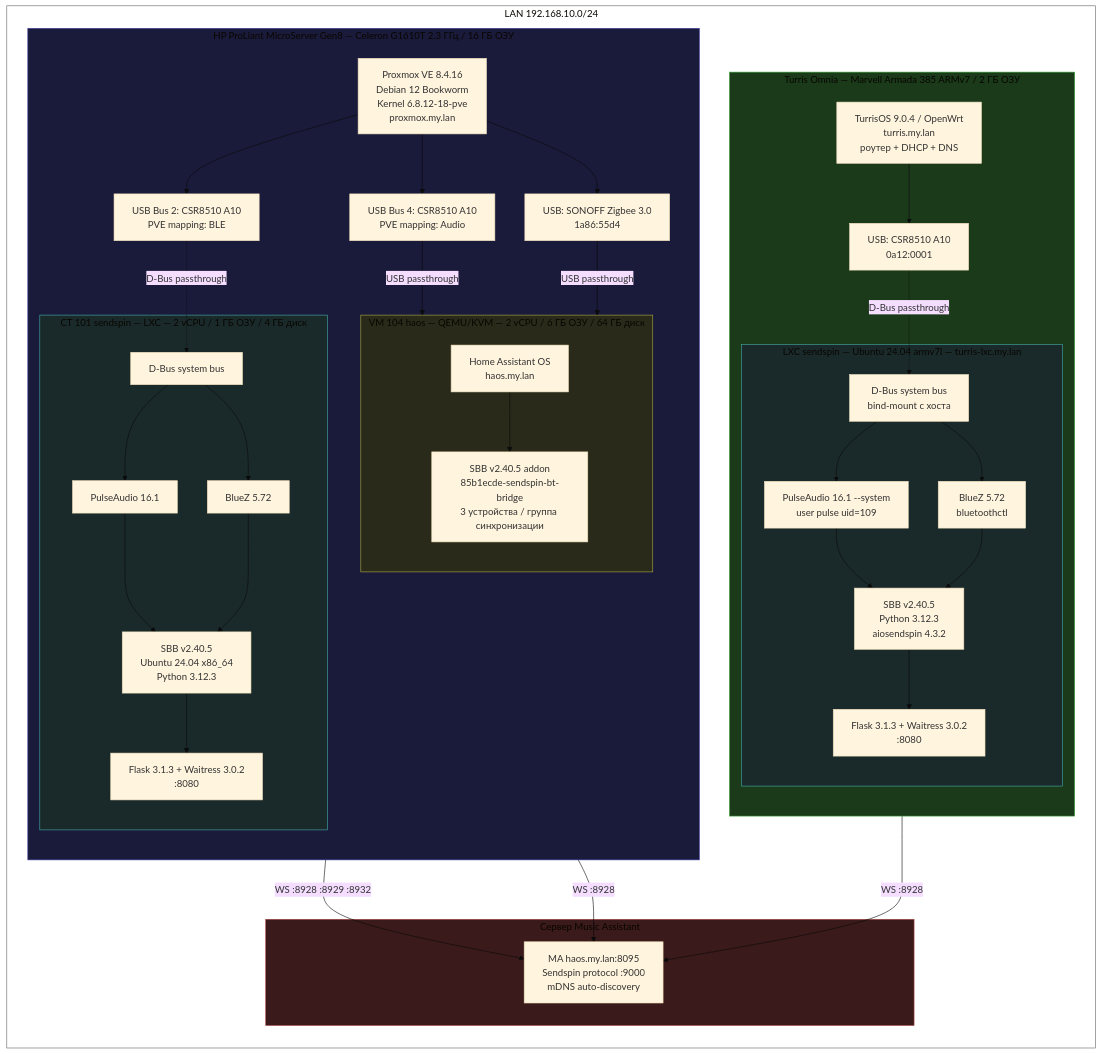
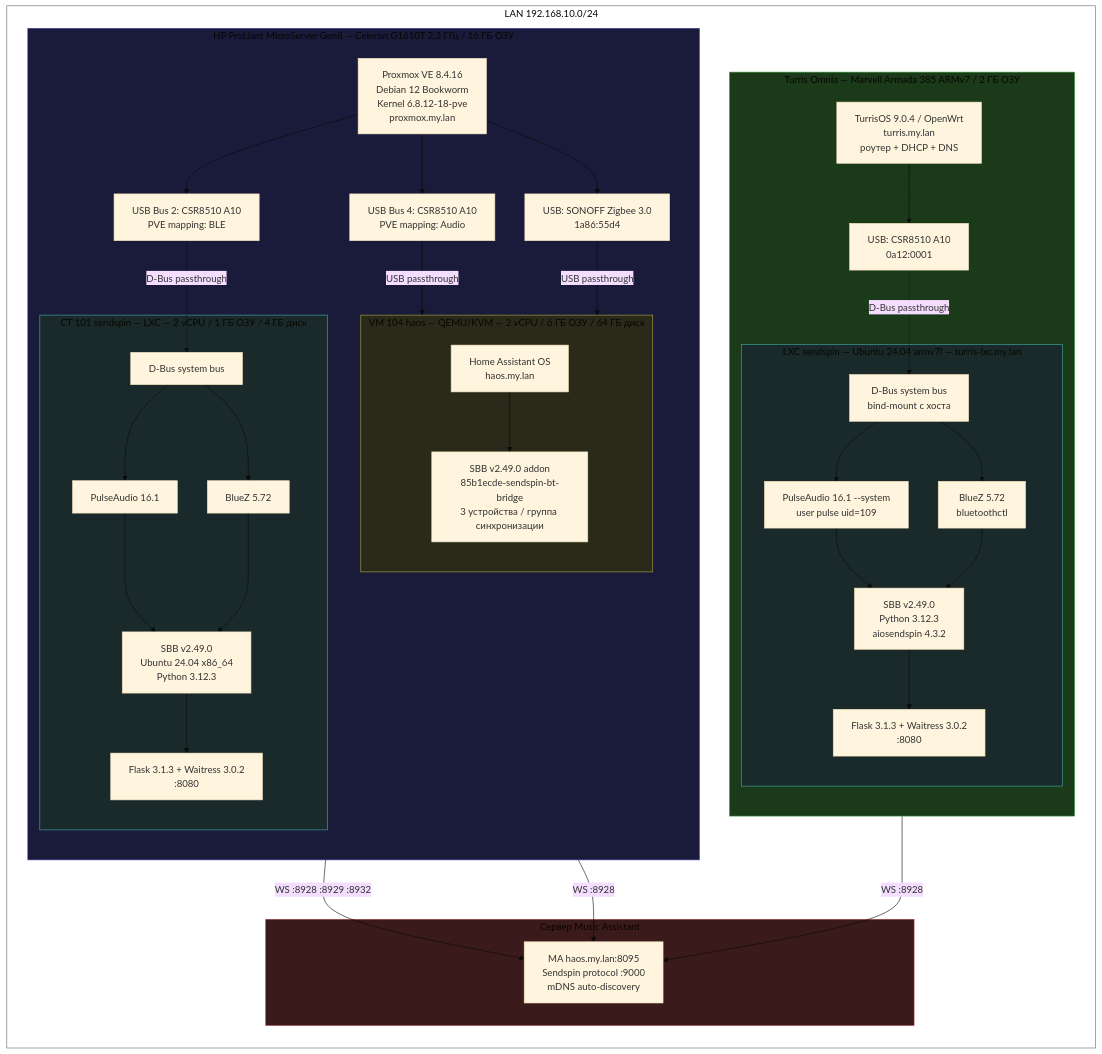
The first of 3 diagrams in docs-site/src/content/docs/ru/test-stand.md (trudenboy/sendspin-bt-bridge), drawn with Mermaid (base theme) before and after one commit. The commit also changed other lines of this file and 18 other files, not shown here.

````diff
--- a/docs-site/src/content/docs/ru/test-stand.md
+++ b/docs-site/src/content/docs/ru/test-stand.md
@@ -20,76 +20,76 @@
 ```mermaid
 graph TB
     subgraph net["LAN 192.168.10.0/24"]
         direction TB
 
         subgraph turris["Turris Omnia — Marvell Armada 385 ARMv7 / 2 ГБ ОЗУ"]
             direction TB
             T_HOST["TurrisOS 9.0.4 / OpenWrt<br/>turris.my.lan<br/>роутер + DHCP + DNS"]
             T_USB["USB: CSR8510 A10<br/>0a12:0001"]
             subgraph T_LXC["LXC sendspin — Ubuntu 24.04 armv7l — turris-lxc.my.lan"]
                 T_DBUS["D-Bus system bus<br/>bind-mount с хоста"]
                 T_PA["PulseAudio 16.1 --system<br/>user pulse uid=109"]
                 T_BLUEZ["BlueZ 5.72<br/>bluetoothctl"]
-                T_SBB["SBB v2.40.5<br/>Python 3.12.3<br/>aiosendspin 4.3.2"]
+                T_SBB["SBB v2.49.0<br/>Python 3.12.3<br/>aiosendspin 4.3.2"]
                 T_WEB["Flask 3.1.3 + Waitress 3.0.2<br/>:8080"]
                 T_DBUS --> T_BLUEZ
                 T_DBUS --> T_PA
                 T_PA --> T_SBB
                 T_BLUEZ --> T_SBB
                 T_SBB --> T_WEB
             end
             T_HOST --> T_USB
             T_USB -.->|D-Bus passthrough| T_DBUS
         end
 
         subgraph proxmox["HP ProLiant MicroServer Gen8 — Celeron G1610T 2.3 ГГц / 16 ГБ ОЗУ"]
             direction TB
             P_HOST["Proxmox VE 8.4.16<br/>Debian 12 Bookworm<br/>Kernel 6.8.12-18-pve<br/>proxmox.my.lan"]
             P_USB1["USB Bus 4: CSR8510 A10<br/>PVE mapping: Audio"]
             P_USB2["USB Bus 2: CSR8510 A10<br/>PVE mapping: BLE"]
             P_ZIG["USB: SONOFF Zigbee 3.0<br/>1a86:55d4"]
 
             subgraph P_VM["VM 104 haos — QEMU/KVM — 2 vCPU / 6 ГБ ОЗУ / 64 ГБ диск"]
                 P_HAOS["Home Assistant OS<br/>haos.my.lan"]
-                P_ADDON["SBB v2.40.5 addon<br/>85b1ecde-sendspin-bt-bridge<br/>3 устройства / группа синхронизации"]
+                P_ADDON["SBB v2.49.0 addon<br/>85b1ecde-sendspin-bt-bridge<br/>3 устройства / группа синхронизации"]
                 P_HAOS --> P_ADDON
             end
 
             subgraph P_CT["CT 101 sendspin — LXC — 2 vCPU / 1 ГБ ОЗУ / 4 ГБ диск"]
                 P_DBUS["D-Bus system bus"]
                 P_PA["PulseAudio 16.1"]
                 P_BLUEZ2["BlueZ 5.72"]
-                P_SBB["SBB v2.40.5<br/>Ubuntu 24.04 x86_64<br/>Python 3.12.3"]
+                P_SBB["SBB v2.49.0<br/>Ubuntu 24.04 x86_64<br/>Python 3.12.3"]
                 P_WEB2["Flask 3.1.3 + Waitress 3.0.2<br/>:8080"]
                 P_DBUS --> P_BLUEZ2
                 P_DBUS --> P_PA
                 P_PA --> P_SBB
                 P_BLUEZ2 --> P_SBB
                 P_SBB --> P_WEB2
             end
 
             P_HOST --> P_USB1
             P_HOST --> P_USB2
             P_HOST --> P_ZIG
             P_USB1 -->|USB passthrough| P_VM
             P_USB2 -.->|D-Bus passthrough| P_DBUS
             P_ZIG -->|USB passthrough| P_VM
         end
 
         subgraph ma_box["Сервер Music Assistant"]
             MA["MA haos.my.lan:8095<br/>Sendspin protocol :9000<br/>mDNS auto-discovery"]
         end
     end
 
     P_ADDON -->|"WS :8928 :8929 :8932"| MA
     P_SBB -->|"WS :8928"| MA
     T_SBB -->|"WS :8928"| MA
 
     style net fill:none,stroke:#666
     style turris fill:#1a3a1a,stroke:#4a4
     style proxmox fill:#1a1a3a,stroke:#44a
     style ma_box fill:#3a1a1a,stroke:#a44
     style P_VM fill:#2a2a1a,stroke:#aa4
     style P_CT fill:#1a2a2a,stroke:#4aa
     style T_LXC fill:#1a2a2a,stroke:#4aa
 ```
````
